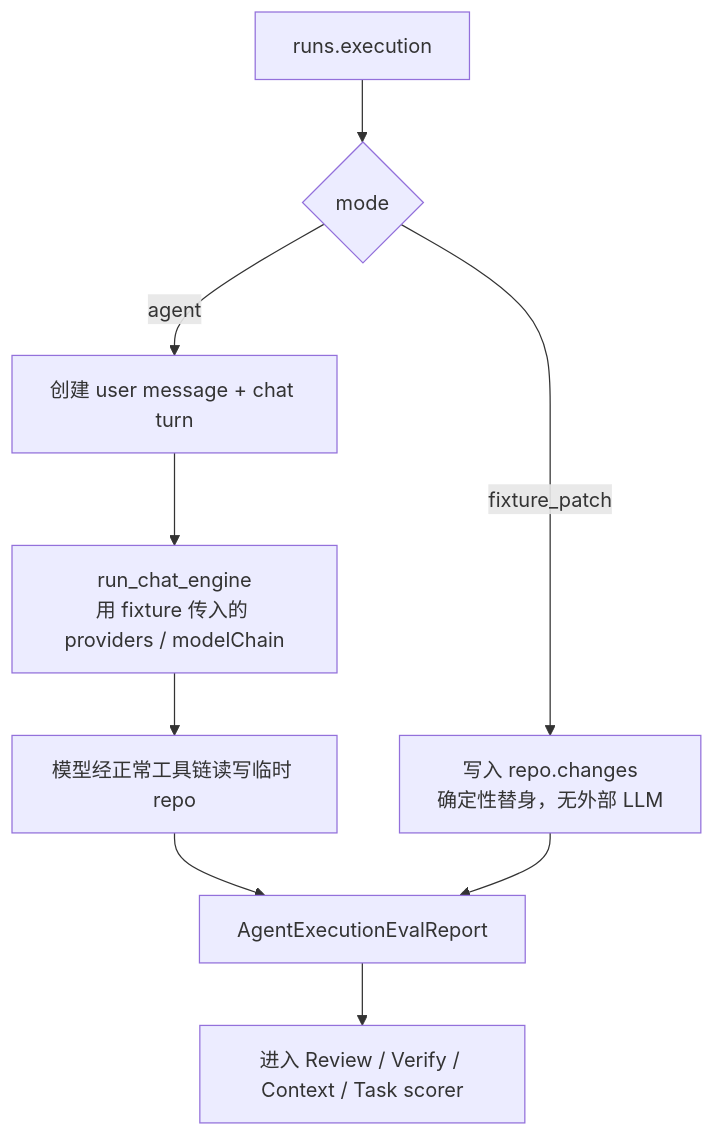
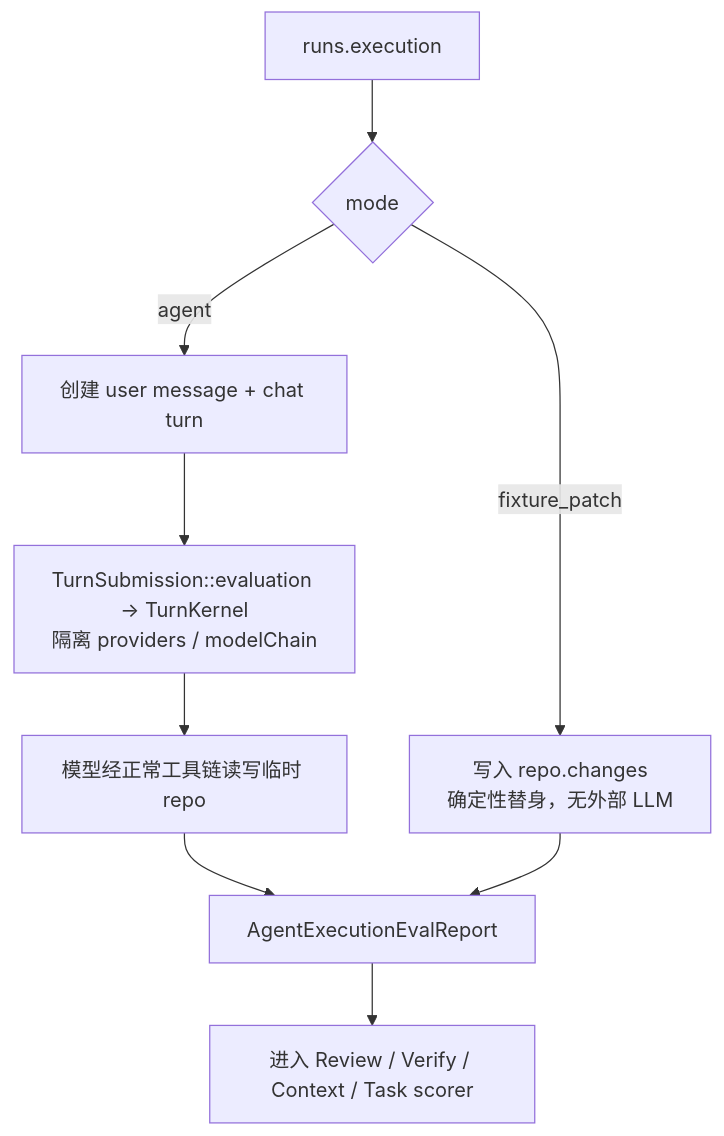
Before and after one commit to shiwenwen/hope-agent: the third of 6 diagrams in docs/architecture/agent/coding-eval.md, drawn with Mermaid. The commit also changed other lines of this file and 230 other files, not shown here.

````diff
--- a/docs/architecture/agent/coding-eval.md
+++ b/docs/architecture/agent/coding-eval.md
@@ -123,11 +123,11 @@
 ```mermaid
 flowchart TB
     START["runs.execution"] --> MODE{mode}
     MODE -->|agent| A1[创建 user message + chat turn]
-    A1 --> A2["run_chat_engine<br/>用 fixture 传入的 providers / modelChain"]
+    A1 --> A2["TurnSubmission::evaluation → TurnKernel<br/>隔离 providers / modelChain"]
     A2 --> A3[模型经正常工具链读写临时 repo]
     A3 --> OUT[AgentExecutionEvalReport]
     MODE -->|fixture_patch| B1["写入 repo.changes<br/>确定性替身，无外部 LLM"]
     B1 --> OUT
     OUT --> SCORE[进入 Review / Verify / Context / Task scorer]
 ```
````
